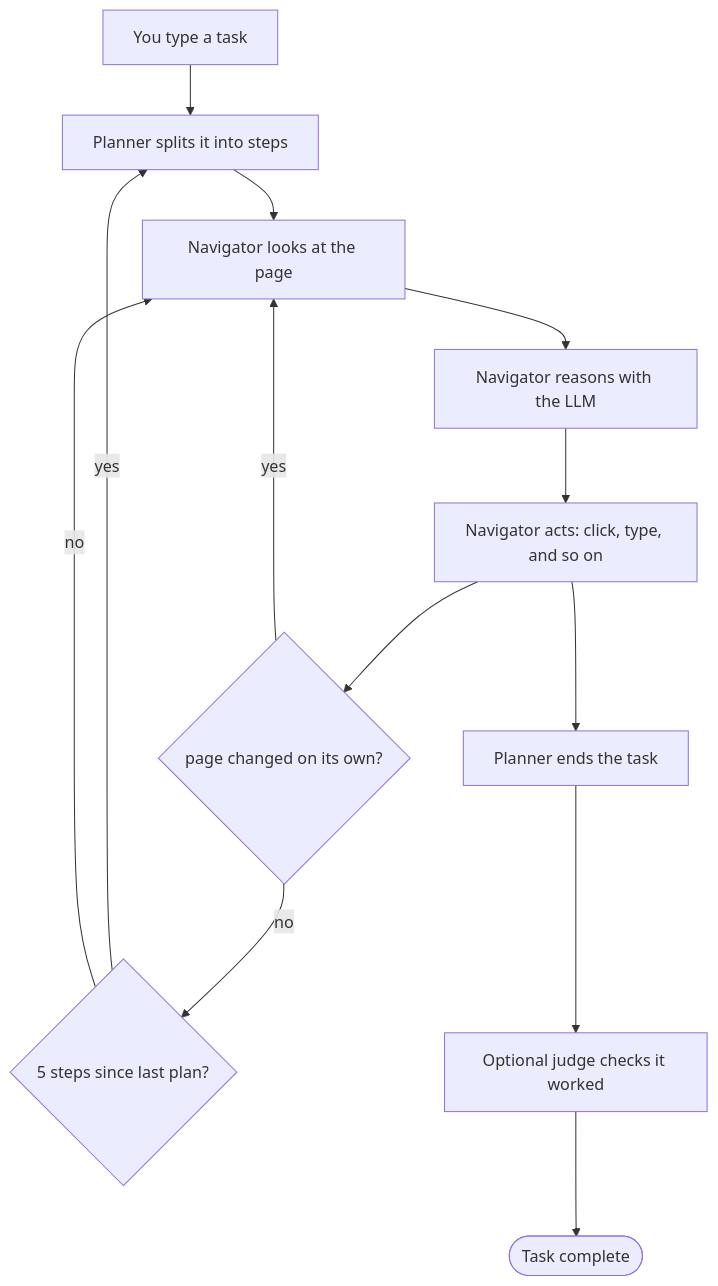
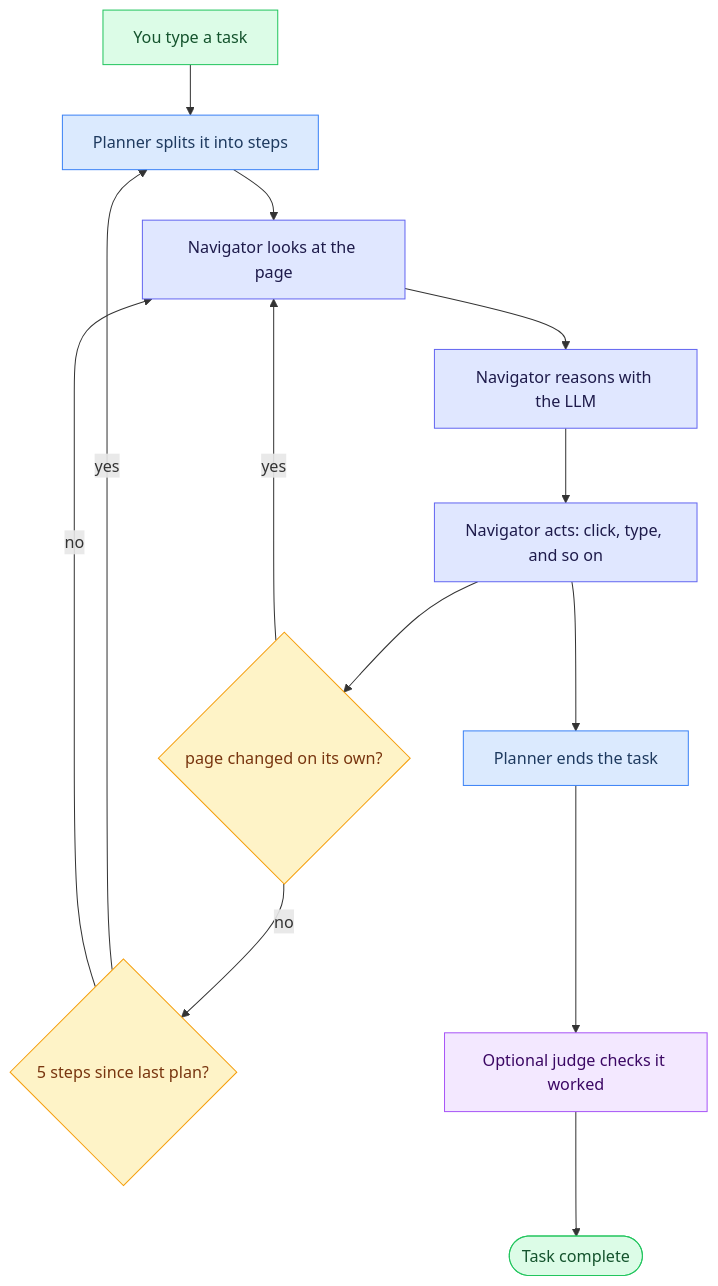
Before and after one commit to Gitshop77/Smooth-Operator: the second of 2 diagrams in README.md, drawn with Mermaid. The commit also changed other lines of this file and 1 other file, not shown here.

First line of the commit message:
docs: fix stale counts, add colored diagrams, improve dev guidance

````diff
--- a/README.md
+++ b/README.md
@@ -127,15 +131,22 @@
 ```mermaid
 flowchart TD
-    Start[You type a task] --> Plan[Planner splits it into steps]
-    Plan --> Observe[Navigator looks at the page]
-    Observe --> Think[Navigator reasons with the LLM]
-    Think --> Act[Navigator acts: click, type, and so on]
-    Act --> Changed{page changed on its own?}
+    Start[You type a task]:::user --> Plan[Planner splits it into steps]:::planner
+    Plan --> Observe[Navigator looks at the page]:::navigator
+    Observe --> Think[Navigator reasons with the LLM]:::navigator
+    Think --> Act[Navigator acts: click, type, and so on]:::navigator
+    Act --> Changed{page changed on its own?}:::decision
     Changed -- yes --> Observe
-    Changed -- no --> Steps{5 steps since last plan?}
+    Changed -- no --> Steps{5 steps since last plan?}:::decision
     Steps -- yes --> Plan
     Steps -- no --> Observe
-    Act --> Done[Planner ends the task]
-    Done --> Judge[Optional judge checks it worked]
-    Judge --> End([Task complete])
+    Act --> Done[Planner ends the task]:::planner
+    Done --> Judge[Optional judge checks it worked]:::judge
+    Judge --> End([Task complete]):::complete
+
+    classDef user fill:#dcfce7,stroke:#22c55e,color:#14532d
+    classDef planner fill:#dbeafe,stroke:#3b82f6,color:#1e3a5f
+    classDef navigator fill:#e0e7ff,stroke:#6366f1,color:#1e1b4b
+    classDef decision fill:#fef3c7,stroke:#f59e0b,color:#78350f
+    classDef judge fill:#f3e8ff,stroke:#a855f7,color:#3b0764
+    classDef complete fill:#dcfce7,stroke:#22c55e,color:#14532d
 ```
````
